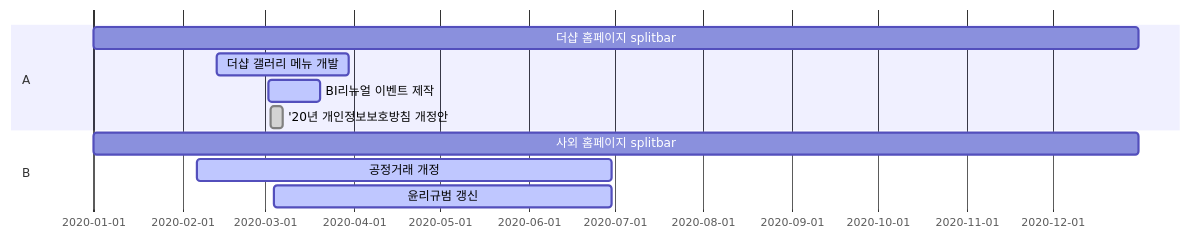
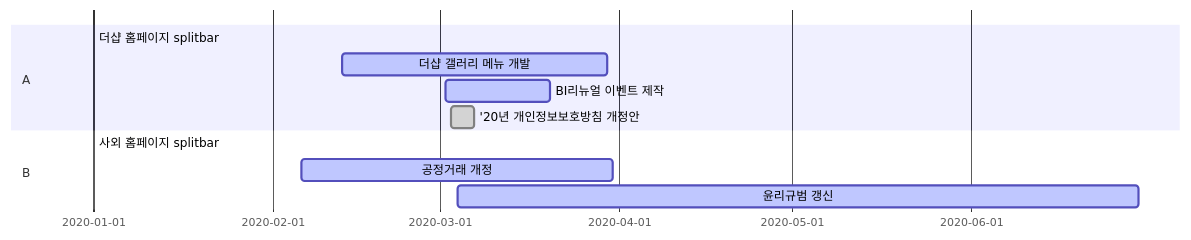
The diagram in readme.md (hotak90/gg2), drawn with Mermaid before and after one commit.

````diff
--- a/readme.md
+++ b/readme.md
@@ -1,15 +1,15 @@
 ```mermaid
 gantt
 dateFormat  YYYY-MM-DD
 
 section A
-더샵 홈페이지 splitbar: critical, 2020-01-01, 2020-12-31
+더샵 홈페이지 splitbar: critical, 2020-01-01, 2020-6-30
 더샵 갤러리 메뉴 개발: active, 2020-02-13, 2020-03-30
 BI리뉴얼 이벤트 제작: active, 2020-03-02, 2020-03-20
 '20년 개인정보보호방침 개정안: done, 2020-03-03, 2020-03-07
 
 section B
-사외 홈페이지 splitbar: acritical, 2020-01-01, 2020-12-31
-공정거래 개정: active, 2020-02-06,2020-06-30
+사외 홈페이지 splitbar: acritical, 2020-01-01, 2020-6-30
+공정거래 개정: active, 2020-02-06,2020-03-31
 윤리규범 갱신: active, 2020-03-04,2020-06-30
 ```
````
